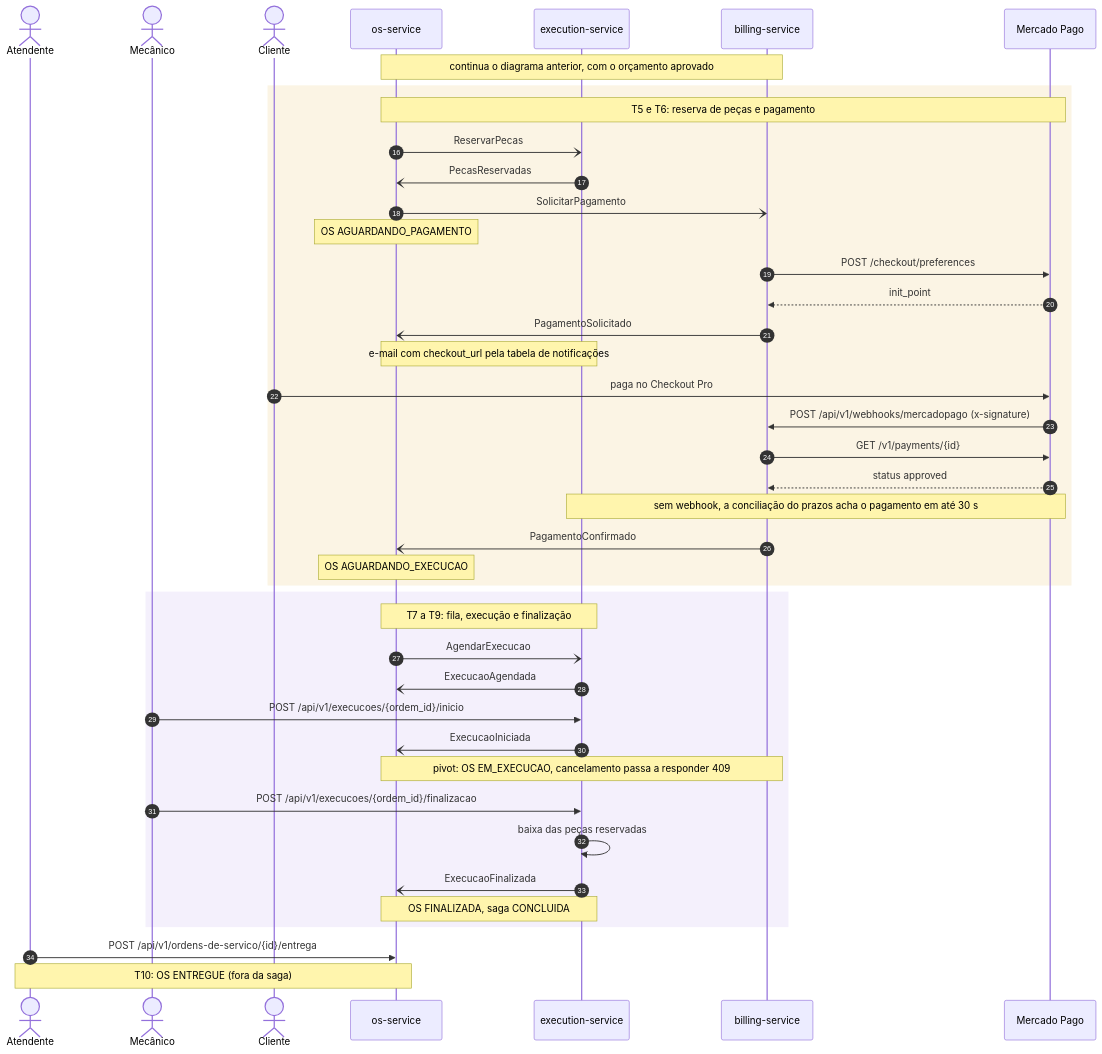
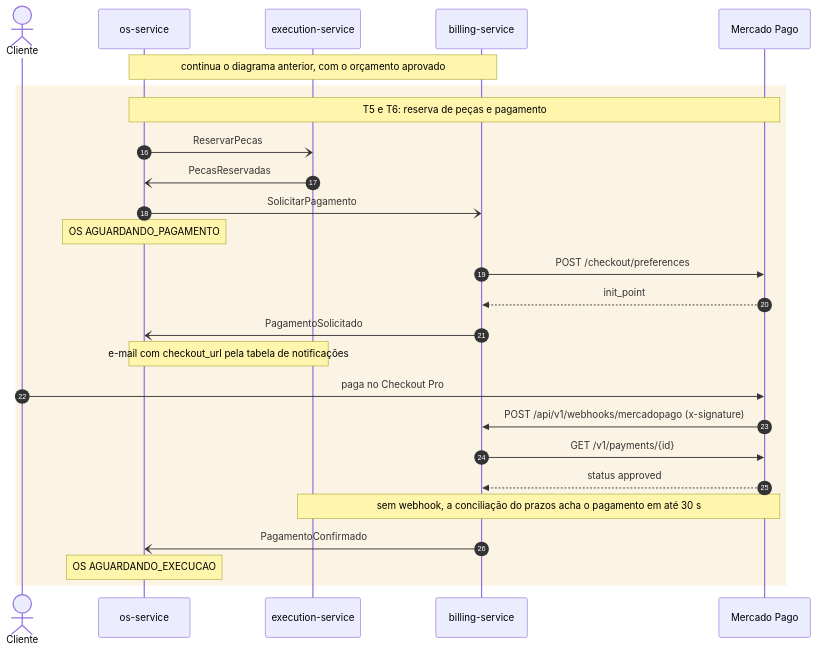
The seventh of 16 diagrams in docs/arquitetura/rfc/fase4/rfc-004-microsservicos-saga.md (fiap-postech-sw-architecture/postech-sw-arch-p4-platform), drawn with Mermaid before and after one commit. The commit also changed 4 other files, not shown here.

````diff
--- a/docs/arquitetura/rfc/fase4/rfc-004-microsservicos-saga.md
+++ b/docs/arquitetura/rfc/fase4/rfc-004-microsservicos-saga.md
@@ -476,47 +476,29 @@
 ```mermaid
 sequenceDiagram
     autonumber 16
-    actor AT as Atendente
-    actor ME as Mecânico
     actor CL as Cliente
     participant OS as os-service
     participant EX as execution-service
     participant BI as billing-service
     participant MP as Mercado Pago
 
     Note over OS,BI: continua o diagrama anterior, com o orçamento aprovado
     rect rgba(218, 165, 32, 0.12)
         Note over OS,MP: T5 e T6: reserva de peças e pagamento
         OS-)EX: ReservarPecas
         EX-)OS: PecasReservadas
         OS-)BI: SolicitarPagamento
         Note over OS: OS AGUARDANDO_PAGAMENTO
         BI->>MP: POST /checkout/preferences
         MP-->>BI: init_point
         BI-)OS: PagamentoSolicitado
         Note over OS,EX: e-mail com checkout_url pela tabela de notificações
         CL->>MP: paga no Checkout Pro
         MP->>BI: POST /api/v1/webhooks/mercadopago (x-signature)
         BI->>MP: GET /v1/payments/{id}
         MP-->>BI: status approved
         Note over EX,MP: sem webhook, a conciliação do prazos acha o pagamento em até 30 s
         BI-)OS: PagamentoConfirmado
         Note over OS: OS AGUARDANDO_EXECUCAO
     end
-
-    rect rgba(147, 112, 219, 0.10)
-        Note over OS,EX: T7 a T9: fila, execução e finalização
-        OS-)EX: AgendarExecucao
-        EX-)OS: ExecucaoAgendada
-        ME->>EX: POST /api/v1/execucoes/{ordem_id}/inicio
-        EX-)OS: ExecucaoIniciada
-        Note over OS,BI: pivot: OS EM_EXECUCAO, cancelamento passa a responder 409
-        ME->>EX: POST /api/v1/execucoes/{ordem_id}/finalizacao
-        EX->>EX: baixa das peças reservadas
-        EX-)OS: ExecucaoFinalizada
-        Note over OS,EX: OS FINALIZADA, saga CONCLUIDA
-    end
-
-    AT->>OS: POST /api/v1/ordens-de-servico/{id}/entrega
-    Note over AT,OS: T10: OS ENTREGUE (fora da saga)
 ```
````
